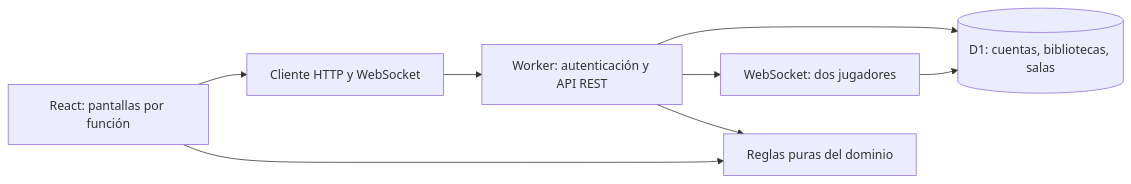
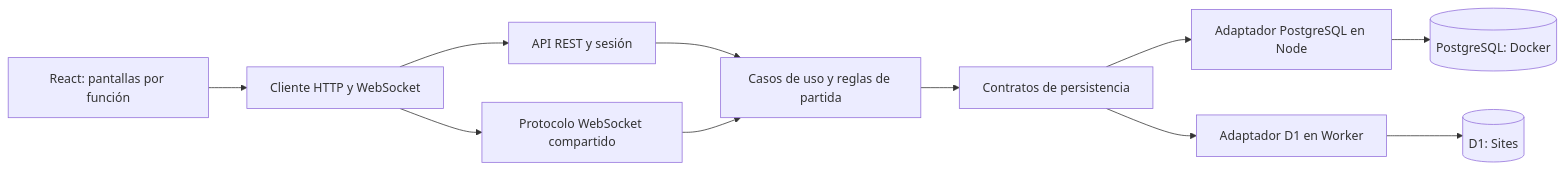
One commit to kevintoasa42-oss/TFM-UNIR changed the diagram in README.md. Above: the diagram before and after it, drawn with Mermaid. The commit also changed other lines of this file and 31 other files, not shown here.

Commit message:
Add PostgreSQL Docker environment and one-command startup

````diff
--- a/README.md
+++ b/README.md
@@ -32,10 +61,13 @@
 ```mermaid
 flowchart LR
   UI[React: pantallas por función] --> Client[Cliente HTTP y WebSocket]
-  Client --> API[Worker: autenticación y API REST]
-  API --> D1[(D1: cuentas, bibliotecas, salas)]
-  API --> WS[WebSocket: dos jugadores]
-  WS --> D1
-  UI --> Domain[Reglas puras del dominio]
-  API --> Domain
+  Client --> API[API REST y sesión]
+  API --> Rules[Casos de uso y reglas de partida]
+  Rules --> Ports[Contratos de persistencia]
+  Ports --> PG[Adaptador PostgreSQL en Node]
+  Ports --> D1[Adaptador D1 en Worker]
+  PG --> Postgres[(PostgreSQL: Docker)]
+  D1 --> SQLite[(D1: Sites)]
+  Client --> WS[Protocolo WebSocket compartido]
+  WS --> Rules
 ```
````
